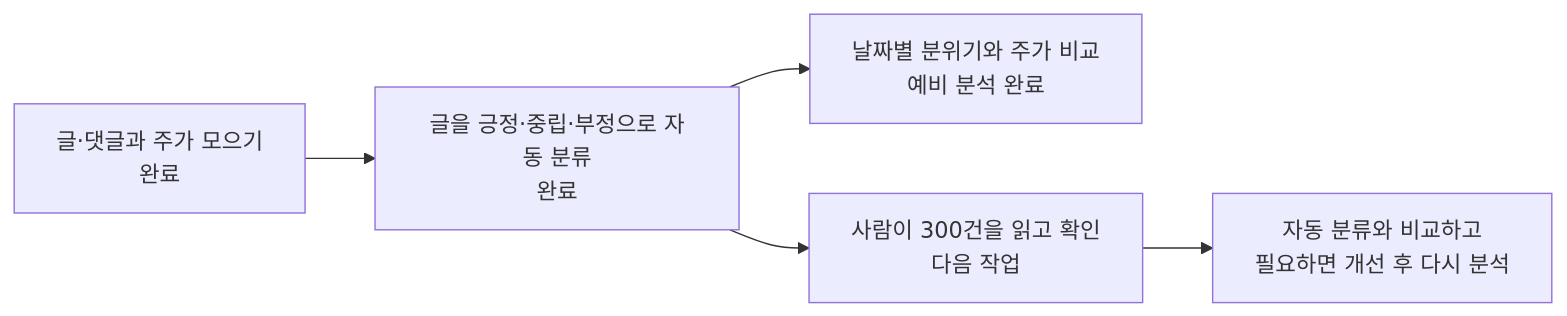
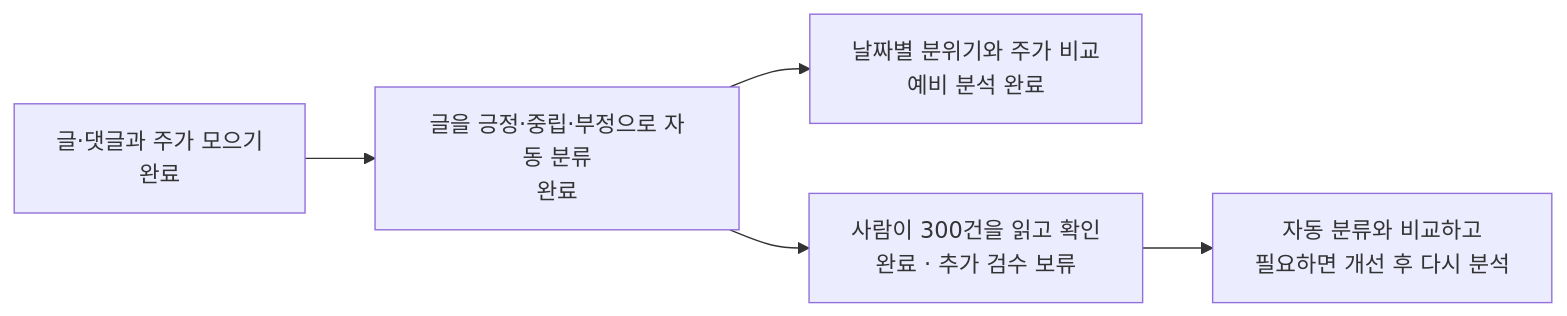
Before and after one commit to devCollegit/social_media_2026: the first of 3 diagrams in 김정기/data_collection/README.md, drawn with Mermaid. The commit also changed other lines of this file and 16 other files, not shown here.

````diff
--- a/김정기/data_collection/README.md
+++ b/김정기/data_collection/README.md
@@ -17,7 +13,7 @@
 ```mermaid
 flowchart LR
     A["글·댓글과 주가 모으기<br/>완료"] --> B["글을 긍정·중립·부정으로 자동 분류<br/>완료"]
     B --> C["날짜별 분위기와 주가 비교<br/>예비 분석 완료"]
-    B --> D["사람이 300건을 읽고 확인<br/>다음 작업"]
+    B --> D["사람이 300건을 읽고 확인<br/>완료 · 추가 검수 보류"]
     D --> E["자동 분류와 비교하고<br/>필요하면 개선 후 다시 분석"]
 ```
````
